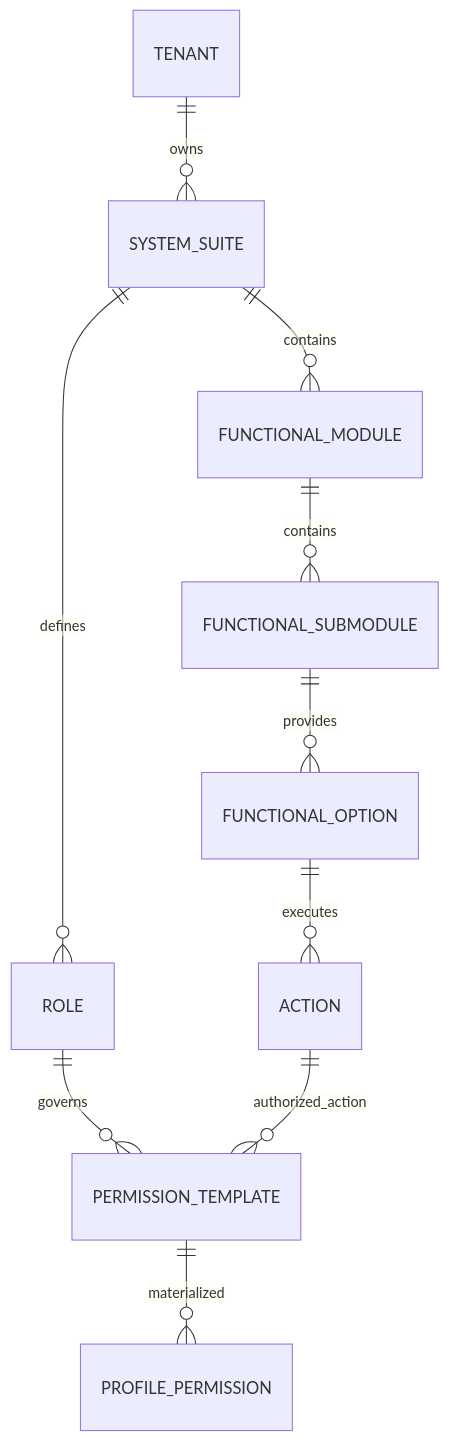
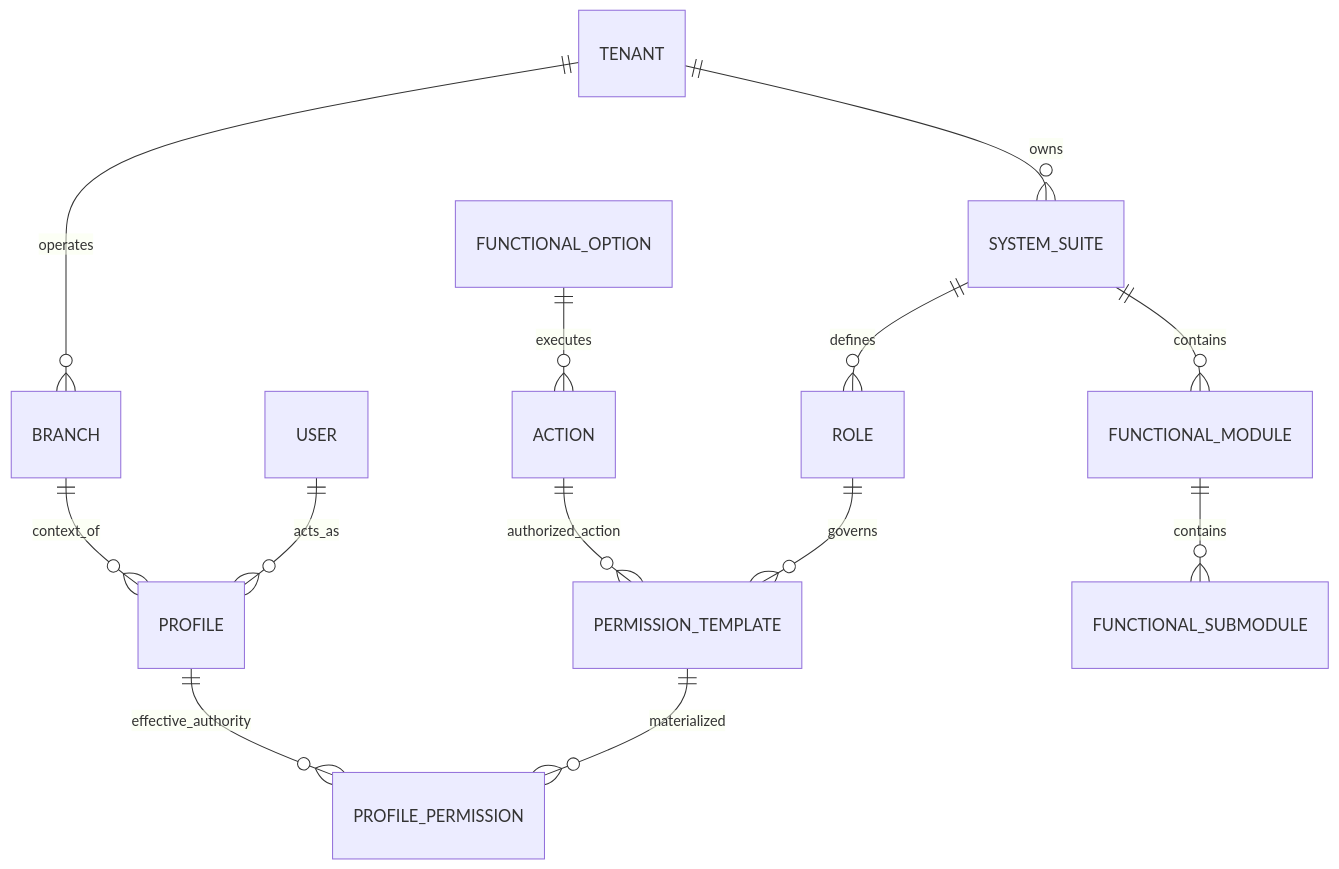
Before and after one commit to beyondnetcode/ums: the first of 3 diagrams in architecture/blueprints/database-design-er.md, drawn with Mermaid. The commit also changed other lines of this file and 2 other files, not shown here.

Commit message:
fix(auth): restore BRANCH context to PROFILE entity ensuring location-based permission overrides

````diff
--- a/architecture/blueprints/database-design-er.md
+++ b/architecture/blueprints/database-design-er.md
@@ -27,15 +27,19 @@
 ```mermaid
 erDiagram
     TENANT ||--o{ SYSTEM_SUITE : "owns"
+    TENANT ||--o{ BRANCH : "operates"
     SYSTEM_SUITE ||--o{ ROLE : "defines"
     SYSTEM_SUITE ||--o{ FUNCTIONAL_MODULE : "contains"
     
     ROLE ||--o{ PERMISSION_TEMPLATE : "governs"
     PERMISSION_TEMPLATE ||--o{ PROFILE_PERMISSION : "materialized"
     
+    USER ||--o{ PROFILE : "acts_as"
+    BRANCH ||--o{ PROFILE : "context_of"
+    PROFILE ||--o{ PROFILE_PERMISSION : "effective_authority"
+    
     FUNCTIONAL_MODULE ||--o{ FUNCTIONAL_SUBMODULE : "contains"
-    FUNCTIONAL_SUBMODULE ||--o{ FUNCTIONAL_OPTION : "provides"
     FUNCTIONAL_OPTION ||--o{ ACTION : "executes"
     
     ACTION ||--o{ PERMISSION_TEMPLATE : "authorized_action"
 ```
````
